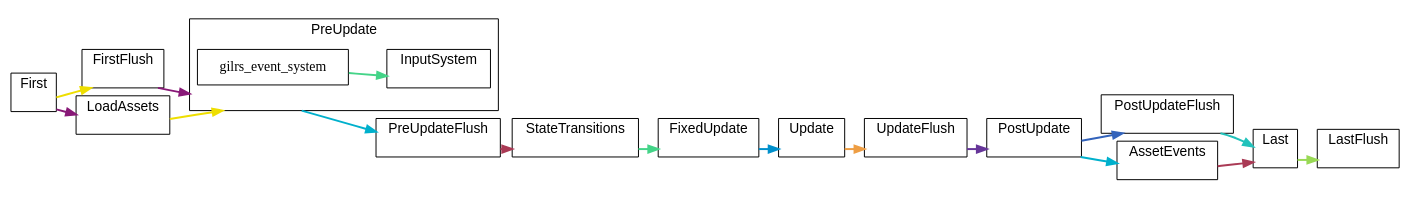
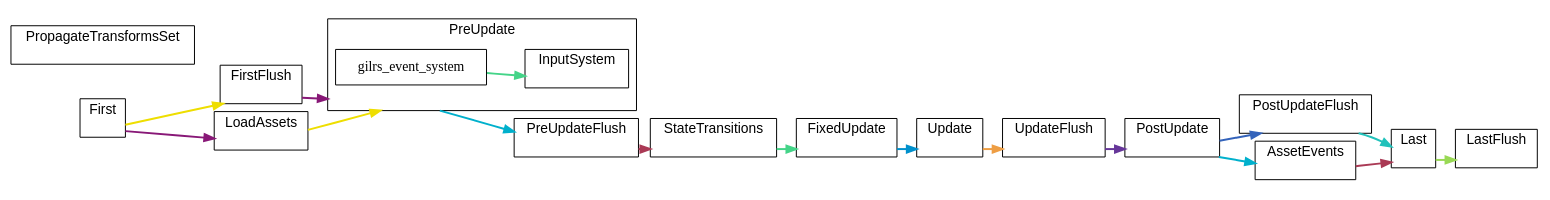
The diagram in docs/schedule/by-crate/light/schedule_Main_bevy_gilrs.dot (jakobhellermann/bevy_mod_debugdump), drawn with Graphviz before and after one commit. The commit also changed 79 other files, not shown here.

```diff
--- a/docs/schedule/by-crate/light/schedule_Main_bevy_gilrs.dot
+++ b/docs/schedule/by-crate/light/schedule_Main_bevy_gilrs.dot
@@ -1,146 +1,154 @@
 digraph "" {
 	"compound"="true";
 	"splines"="spline";
 	"rankdir"="LR";
 	"bgcolor"="white";
 	"fontname"="Helvetica";
 	edge ["penwidth"="2"];
 	node ["shape"="box", "style"="filled", "fillcolor"="white", "color"="black"];
 	subgraph "clusternode_Set(0)" {
 		"label"="Update";
 		"tooltip"="Update";
 		"bgcolor"="white";
 		"color"="black";
 		"set_marker_node_Set(0)" ["style"="invis", "label"="", "height"="0", "shape"="point"]
 	}
 	
 	subgraph "clusternode_Set(2)" {
 		"label"="FirstFlush";
 		"tooltip"="FirstFlush";
 		"bgcolor"="white";
 		"color"="black";
 		"set_marker_node_Set(2)" ["style"="invis", "label"="", "height"="0", "shape"="point"]
 	}
 	
 	subgraph "clusternode_Set(3)" {
 		"label"="PreUpdateFlush";
 		"tooltip"="PreUpdateFlush";
 		"bgcolor"="white";
 		"color"="black";
 		"set_marker_node_Set(3)" ["style"="invis", "label"="", "height"="0", "shape"="point"]
 	}
 	
 	subgraph "clusternode_Set(4)" {
 		"label"="UpdateFlush";
 		"tooltip"="UpdateFlush";
 		"bgcolor"="white";
 		"color"="black";
 		"set_marker_node_Set(4)" ["style"="invis", "label"="", "height"="0", "shape"="point"]
 	}
 	
 	subgraph "clusternode_Set(5)" {
 		"label"="PostUpdateFlush";
 		"tooltip"="PostUpdateFlush";
 		"bgcolor"="white";
 		"color"="black";
 		"set_marker_node_Set(5)" ["style"="invis", "label"="", "height"="0", "shape"="point"]
 	}
 	
 	subgraph "clusternode_Set(6)" {
 		"label"="LastFlush";
 		"tooltip"="LastFlush";
 		"bgcolor"="white";
 		"color"="black";
 		"set_marker_node_Set(6)" ["style"="invis", "label"="", "height"="0", "shape"="point"]
 	}
 	
 	subgraph "clusternode_Set(7)" {
 		"label"="First";
 		"tooltip"="First";
 		"bgcolor"="white";
 		"color"="black";
 		"set_marker_node_Set(7)" ["style"="invis", "label"="", "height"="0", "shape"="point"]
 	}
 	
 	subgraph "clusternode_Set(8)" {
 		"label"="PreUpdate";
 		"tooltip"="PreUpdate";
 		"bgcolor"="white";
 		"color"="black";
 		"set_marker_node_Set(8)" ["style"="invis", "label"="", "height"="0", "shape"="point"]
-		subgraph "clusternode_Set(24)" {
+		subgraph "clusternode_Set(25)" {
 			"label"="InputSystem";
 			"tooltip"="InputSystem";
 			"bgcolor"="white";
 			"color"="black";
-			"set_marker_node_Set(24)" ["style"="invis", "label"="", "height"="0", "shape"="point"]
+			"set_marker_node_Set(25)" ["style"="invis", "label"="", "height"="0", "shape"="point"]
 		}
 		
 		"node_System(134)" ["label"="gilrs_event_system", "tooltip"="bevy_gilrs::gilrs_system::gilrs_event_system"]
 	}
 	
 	subgraph "clusternode_Set(9)" {
 		"label"="StateTransitions";
 		"tooltip"="StateTransitions";
 		"bgcolor"="white";
 		"color"="black";
 		"set_marker_node_Set(9)" ["style"="invis", "label"="", "height"="0", "shape"="point"]
 	}
 	
 	subgraph "clusternode_Set(10)" {
 		"label"="FixedUpdate";
 		"tooltip"="FixedUpdate";
 		"bgcolor"="white";
 		"color"="black";
 		"set_marker_node_Set(10)" ["style"="invis", "label"="", "height"="0", "shape"="point"]
 	}
 	
 	subgraph "clusternode_Set(11)" {
 		"label"="PostUpdate";
 		"tooltip"="PostUpdate";
 		"bgcolor"="white";
 		"color"="black";
 		"set_marker_node_Set(11)" ["style"="invis", "label"="", "height"="0", "shape"="point"]
 	}
 	
 	subgraph "clusternode_Set(12)" {
 		"label"="Last";
 		"tooltip"="Last";
 		"bgcolor"="white";
 		"color"="black";
 		"set_marker_node_Set(12)" ["style"="invis", "label"="", "height"="0", "shape"="point"]
 	}
 	
-	subgraph "clusternode_Set(58)" {
+	subgraph "clusternode_Set(22)" {
+		"label"="PropagateTransformsSet";
+		"tooltip"="PropagateTransformsSet";
+		"bgcolor"="white";
+		"color"="black";
+		"set_marker_node_Set(22)" ["style"="invis", "label"="", "height"="0", "shape"="point"]
+	}
+	
+	subgraph "clusternode_Set(59)" {
 		"label"="LoadAssets";
 		"tooltip"="LoadAssets";
 		"bgcolor"="white";
 		"color"="black";
-		"set_marker_node_Set(58)" ["style"="invis", "label"="", "height"="0", "shape"="point"]
+		"set_marker_node_Set(59)" ["style"="invis", "label"="", "height"="0", "shape"="point"]
 	}
 	
-	subgraph "clusternode_Set(59)" {
+	subgraph "clusternode_Set(60)" {
 		"label"="AssetEvents";
 		"tooltip"="AssetEvents";
 		"bgcolor"="white";
 		"color"="black";
-		"set_marker_node_Set(59)" ["style"="invis", "label"="", "height"="0", "shape"="point"]
+		"set_marker_node_Set(60)" ["style"="invis", "label"="", "height"="0", "shape"="point"]
 	}
 	
 	"set_marker_node_Set(7)" -> "set_marker_node_Set(2)" ["lhead"="clusternode_Set(2)", "ltail"="clusternode_Set(7)", "tooltip"="First → FirstFlush", "color"="#eede00"]
 	"set_marker_node_Set(2)" -> "set_marker_node_Set(8)" ["lhead"="clusternode_Set(8)", "ltail"="clusternode_Set(2)", "tooltip"="FirstFlush → PreUpdate", "color"="#881877"]
 	"set_marker_node_Set(8)" -> "set_marker_node_Set(3)" ["lhead"="clusternode_Set(3)", "ltail"="clusternode_Set(8)", "tooltip"="PreUpdate → PreUpdateFlush", "color"="#00b0cc"]
 	"set_marker_node_Set(3)" -> "set_marker_node_Set(9)" ["lhead"="clusternode_Set(9)", "ltail"="clusternode_Set(3)", "tooltip"="PreUpdateFlush → StateTransitions", "color"="#aa3a55"]
 	"set_marker_node_Set(9)" -> "set_marker_node_Set(10)" ["lhead"="clusternode_Set(10)", "ltail"="clusternode_Set(9)", "tooltip"="StateTransitions → FixedUpdate", "color"="#44d488"]
 	"set_marker_node_Set(10)" -> "set_marker_node_Set(0)" ["lhead"="clusternode_Set(0)", "ltail"="clusternode_Set(10)", "tooltip"="FixedUpdate → Update", "color"="#0090cc"]
 	"set_marker_node_Set(0)" -> "set_marker_node_Set(4)" ["lhead"="clusternode_Set(4)", "ltail"="clusternode_Set(0)", "tooltip"="Update → UpdateFlush", "color"="#ee9e44"]
 	"set_marker_node_Set(4)" -> "set_marker_node_Set(11)" ["lhead"="clusternode_Set(11)", "ltail"="clusternode_Set(4)", "tooltip"="UpdateFlush → PostUpdate", "color"="#663699"]
 	"set_marker_node_Set(11)" -> "set_marker_node_Set(5)" ["lhead"="clusternode_Set(5)", "ltail"="clusternode_Set(11)", "tooltip"="PostUpdate → PostUpdateFlush", "color"="#3363bb"]
 	"set_marker_node_Set(5)" -> "set_marker_node_Set(12)" ["lhead"="clusternode_Set(12)", "ltail"="clusternode_Set(5)", "tooltip"="PostUpdateFlush → Last", "color"="#22c2bb"]
 	"set_marker_node_Set(12)" -> "set_marker_node_Set(6)" ["lhead"="clusternode_Set(6)", "ltail"="clusternode_Set(12)", "tooltip"="Last → LastFlush", "color"="#99d955"]
-	"set_marker_node_Set(58)" -> "set_marker_node_Set(8)" ["lhead"="clusternode_Set(8)", "ltail"="clusternode_Set(58)", "tooltip"="LoadAssets → PreUpdate", "color"="#eede00"]
-	"set_marker_node_Set(7)" -> "set_marker_node_Set(58)" ["lhead"="clusternode_Set(58)", "ltail"="clusternode_Set(7)", "tooltip"="First → LoadAssets", "color"="#881877"]
-	"set_marker_node_Set(11)" -> "set_marker_node_Set(59)" ["lhead"="clusternode_Set(59)", "ltail"="clusternode_Set(11)", "tooltip"="PostUpdate → AssetEvents", "color"="#00b0cc"]
-	"set_marker_node_Set(59)" -> "set_marker_node_Set(12)" ["lhead"="clusternode_Set(12)", "ltail"="clusternode_Set(59)", "tooltip"="AssetEvents → Last", "color"="#aa3a55"]
-	"node_System(134)" -> "set_marker_node_Set(24)" ["lhead"="clusternode_Set(24)", "ltail"="", "tooltip"="gilrs_event_system → InputSystem", "color"="#44d488"]
+	"set_marker_node_Set(59)" -> "set_marker_node_Set(8)" ["lhead"="clusternode_Set(8)", "ltail"="clusternode_Set(59)", "tooltip"="LoadAssets → PreUpdate", "color"="#eede00"]
+	"set_marker_node_Set(7)" -> "set_marker_node_Set(59)" ["lhead"="clusternode_Set(59)", "ltail"="clusternode_Set(7)", "tooltip"="First → LoadAssets", "color"="#881877"]
+	"set_marker_node_Set(11)" -> "set_marker_node_Set(60)" ["lhead"="clusternode_Set(60)", "ltail"="clusternode_Set(11)", "tooltip"="PostUpdate → AssetEvents", "color"="#00b0cc"]
+	"set_marker_node_Set(60)" -> "set_marker_node_Set(12)" ["lhead"="clusternode_Set(12)", "ltail"="clusternode_Set(60)", "tooltip"="AssetEvents → Last", "color"="#aa3a55"]
+	"node_System(134)" -> "set_marker_node_Set(25)" ["lhead"="clusternode_Set(25)", "ltail"="", "tooltip"="gilrs_event_system → InputSystem", "color"="#44d488"]
 }
```
